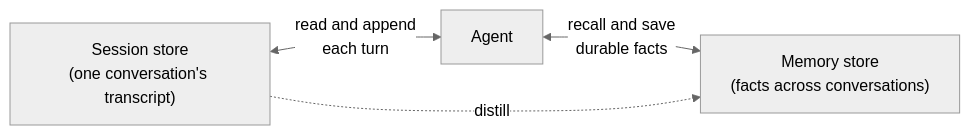
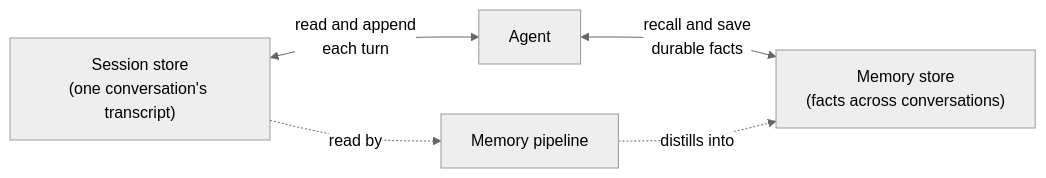
One commit to databricks/devhub changed the diagram in src/content/docs/agents/memory.md. Above: the diagram before and after it, drawn with Mermaid (neutral theme). The commit also changed other lines of this file, not shown here.

First line of the commit message:
docs(agents): add memory pipelines to the memory and sessions page

````diff
--- a/src/content/docs/agents/memory.md
+++ b/src/content/docs/agents/memory.md
@@ -27,6 +28,7 @@
 ```mermaid
 flowchart LR
     Sessions["Session store<br/>(one conversation's transcript)"] <-->|"read and append<br/>each turn"| Agent["Agent"]
     Agent <-->|"recall and save<br/>durable facts"| Memory["Memory store<br/>(facts across conversations)"]
-    Sessions -.->|distill| Memory
+    Sessions -.->|"read by"| Pipeline["Memory pipeline"]
+    Pipeline -.->|"distills into"| Memory
 ```
````
